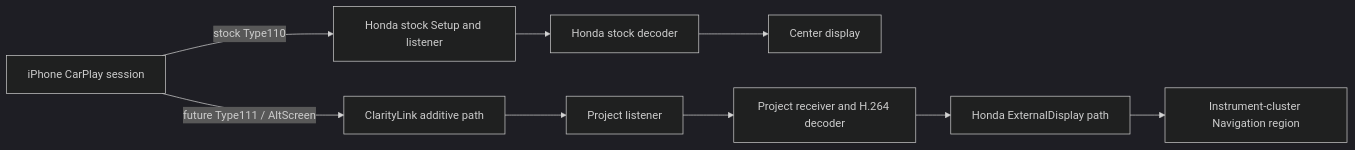
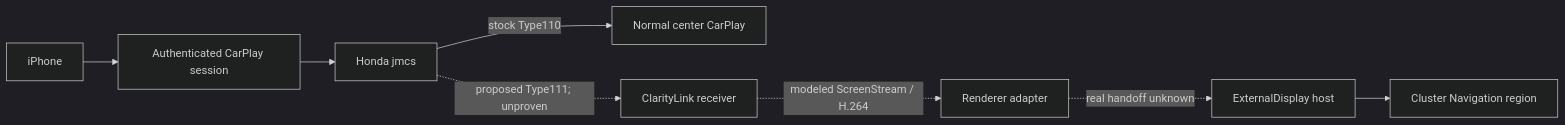
One commit to bmreyes25/ClarityLink changed the diagram in README.md. Above: the diagram before and after it, drawn with Mermaid (dark theme). The commit also changed other lines of this file and 18 other files, not shown here.

Commit message:
ClarityLink: professionalize repository documentation

````diff
--- a/README.md
+++ b/README.md
@@ -20,12 +24,10 @@
 ```mermaid
 flowchart LR
-    Phone[iPhone CarPlay session]
-    Phone -->|stock Type110| Honda[Honda stock Setup and listener]
-    Honda --> Center[Honda stock decoder]
-    Center --> CenterDisplay[Center display]
-    Phone -->|future Type111 / AltScreen| Clarity[ClarityLink additive path]
-    Clarity --> Listener[Project listener]
-    Listener --> Receiver[Project receiver and H.264 decoder]
-    Receiver --> External[Honda ExternalDisplay path]
-    External --> Cluster[Instrument-cluster Navigation region]
+  phone[iPhone] --> session[Authenticated CarPlay session]
+  session --> jmcs[Honda jmcs]
+  jmcs -->|stock Type110| center[Normal center CarPlay]
+  jmcs -.->|proposed Type111; unproven| receiver[ClarityLink receiver]
+  receiver -.->|modeled ScreenStream / H.264| renderer[Renderer adapter]
+  renderer -.->|real handoff unknown| external[ExternalDisplay host]
+  external --> cluster[Cluster Navigation region]
 ```
````
